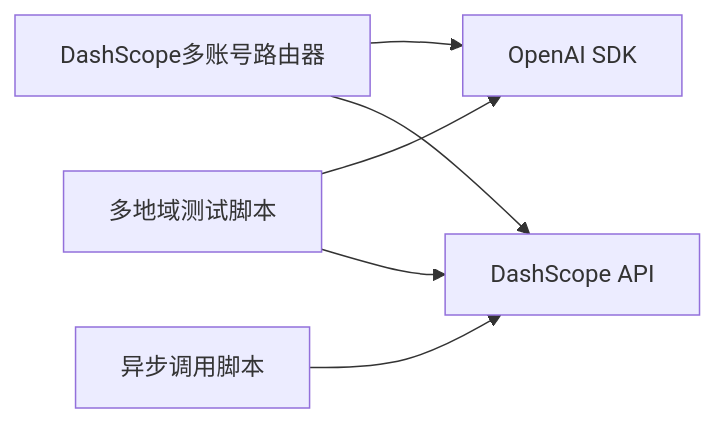
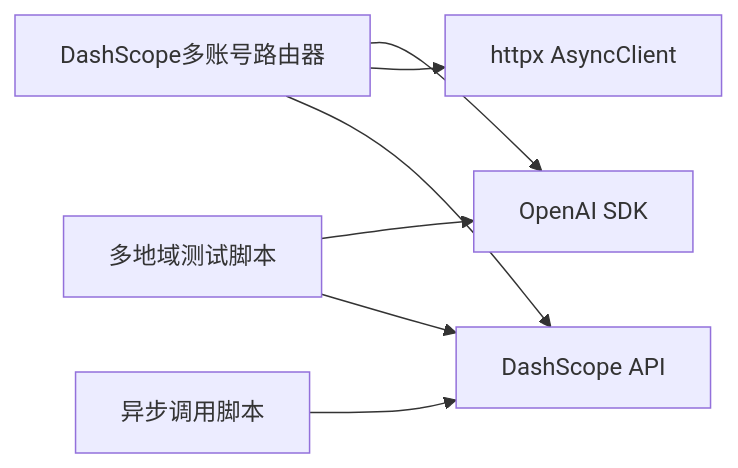
Before and after one commit to EthanNiWorld/AI-Native-SA-2026: the fifth of 5 diagrams in .qoder/repowiki/zh/content/扩展与定制/系统扩展指南.md, drawn with Mermaid. The commit also changed other lines of this file and 7 other files, not shown here.

````diff
--- a/.qoder/repowiki/zh/content/扩展与定制/系统扩展指南.md
+++ b/.qoder/repowiki/zh/content/扩展与定制/系统扩展指南.md
@@ -226,8 +240,9 @@
 ```mermaid
 graph LR
 Router["DashScope多账号路由器"] --> SDK["OpenAI SDK"]
+Router --> HTTPX["httpx AsyncClient"]
 Router --> API["DashScope API"]
 AsyncTest["异步调用脚本"] --> API
 DS["多地域测试脚本"] --> SDK
 DS --> API
 ```
````
